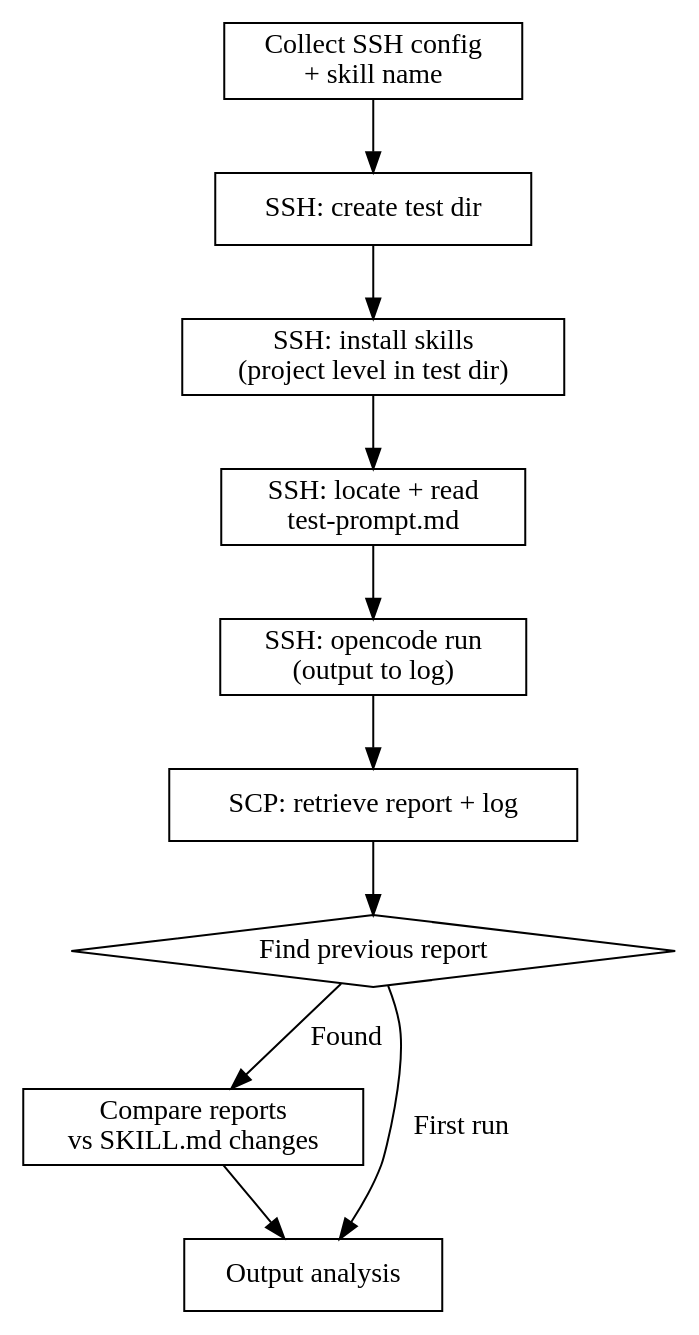
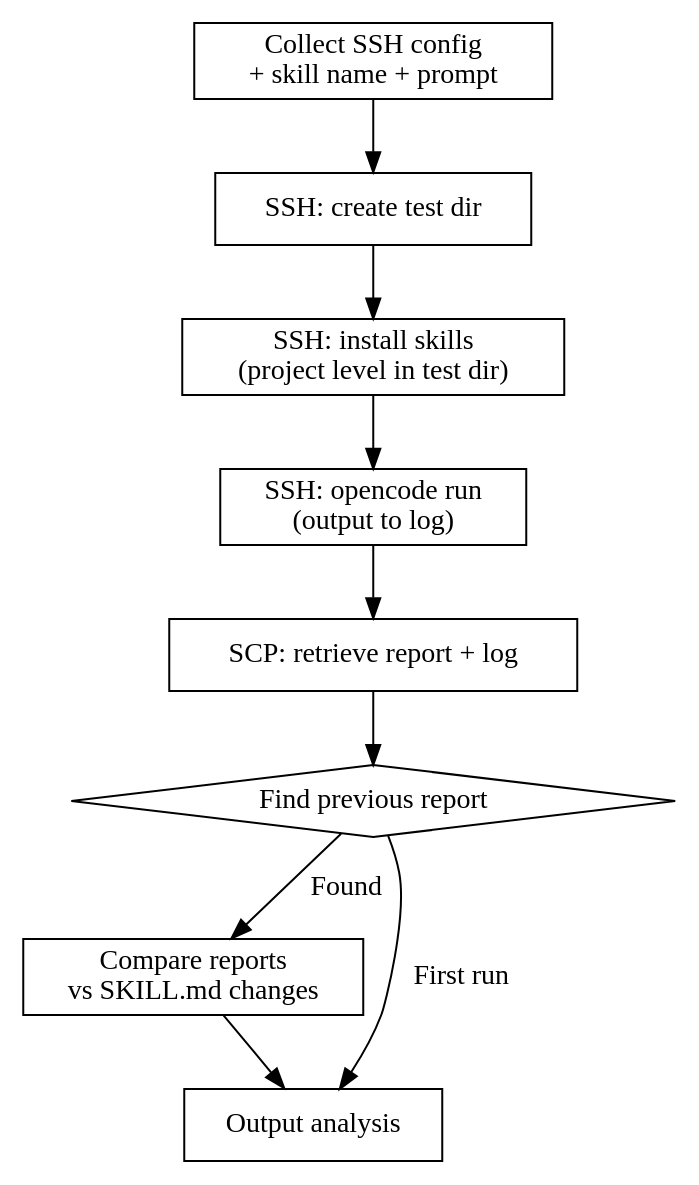
The diagram in others/remote-skill-test/SKILL.md (panlm/skills), drawn with Graphviz before and after one commit. The commit also changed other lines of this file and 2 other files, not shown here.

First line of the commit message:
refactor(remote-skill-test): replace test-prompt.md with user-provided prompt

````diff
--- a/others/remote-skill-test/SKILL.md
+++ b/others/remote-skill-test/SKILL.md
@@ -35,23 +35,21 @@
 ```dot
 digraph test_flow {
-    "Collect SSH config\n+ skill name" [shape=box];
+    "Collect SSH config\n+ skill name + prompt" [shape=box];
     "SSH: create test dir" [shape=box];
     "SSH: install skills\n(project level in test dir)" [shape=box];
-    "SSH: locate + read\ntest-prompt.md" [shape=box];
     "SSH: opencode run\n(output to log)" [shape=box];
     "SCP: retrieve report + log" [shape=box];
     "Find previous report" [shape=diamond];
     "Compare reports\nvs SKILL.md changes" [shape=box];
     "Output analysis" [shape=box];
 
-    "Collect SSH config\n+ skill name" -> "SSH: create test dir";
+    "Collect SSH config\n+ skill name + prompt" -> "SSH: create test dir";
     "SSH: create test dir" -> "SSH: install skills\n(project level in test dir)";
-    "SSH: install skills\n(project level in test dir)" -> "SSH: locate + read\ntest-prompt.md";
-    "SSH: locate + read\ntest-prompt.md" -> "SSH: opencode run\n(output to log)";
+    "SSH: install skills\n(project level in test dir)" -> "SSH: opencode run\n(output to log)";
     "SSH: opencode run\n(output to log)" -> "SCP: retrieve report + log";
     "SCP: retrieve report + log" -> "Find previous report";
     "Find previous report" -> "Compare reports\nvs SKILL.md changes" [label="Found"];
     "Find previous report" -> "Output analysis" [label="First run"];
     "Compare reports\nvs SKILL.md changes" -> "Output analysis";
 }
 ```
````
